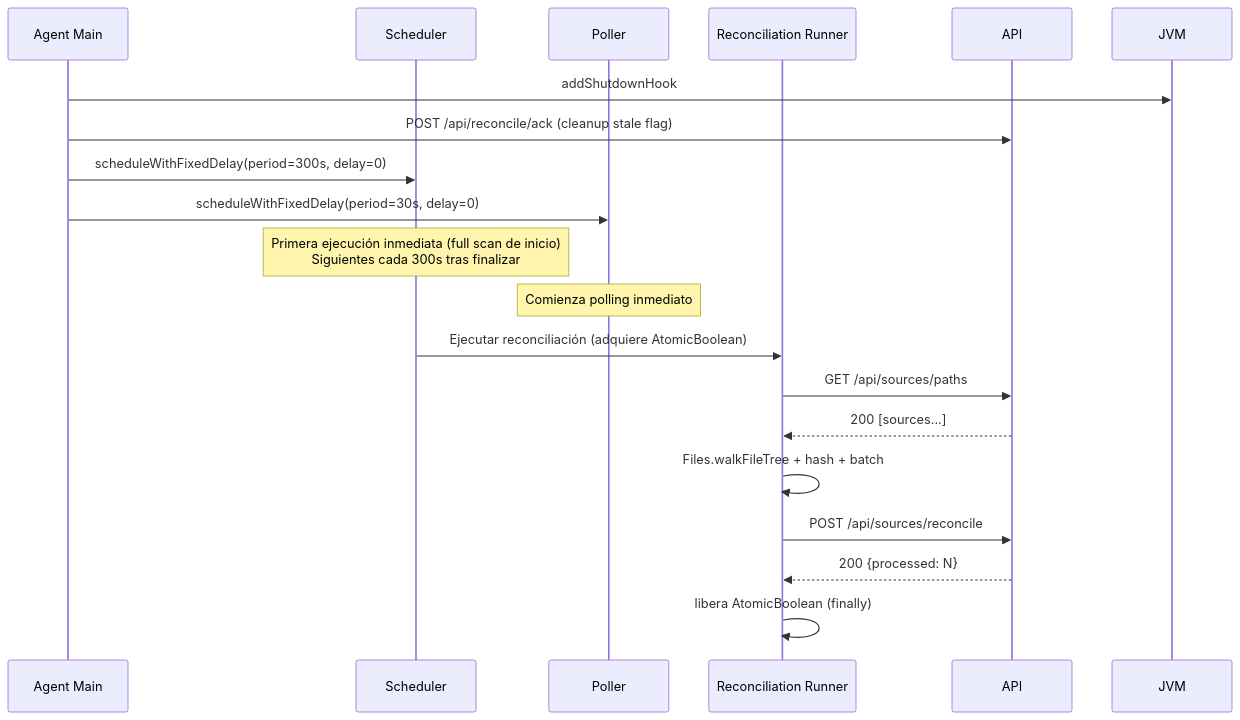
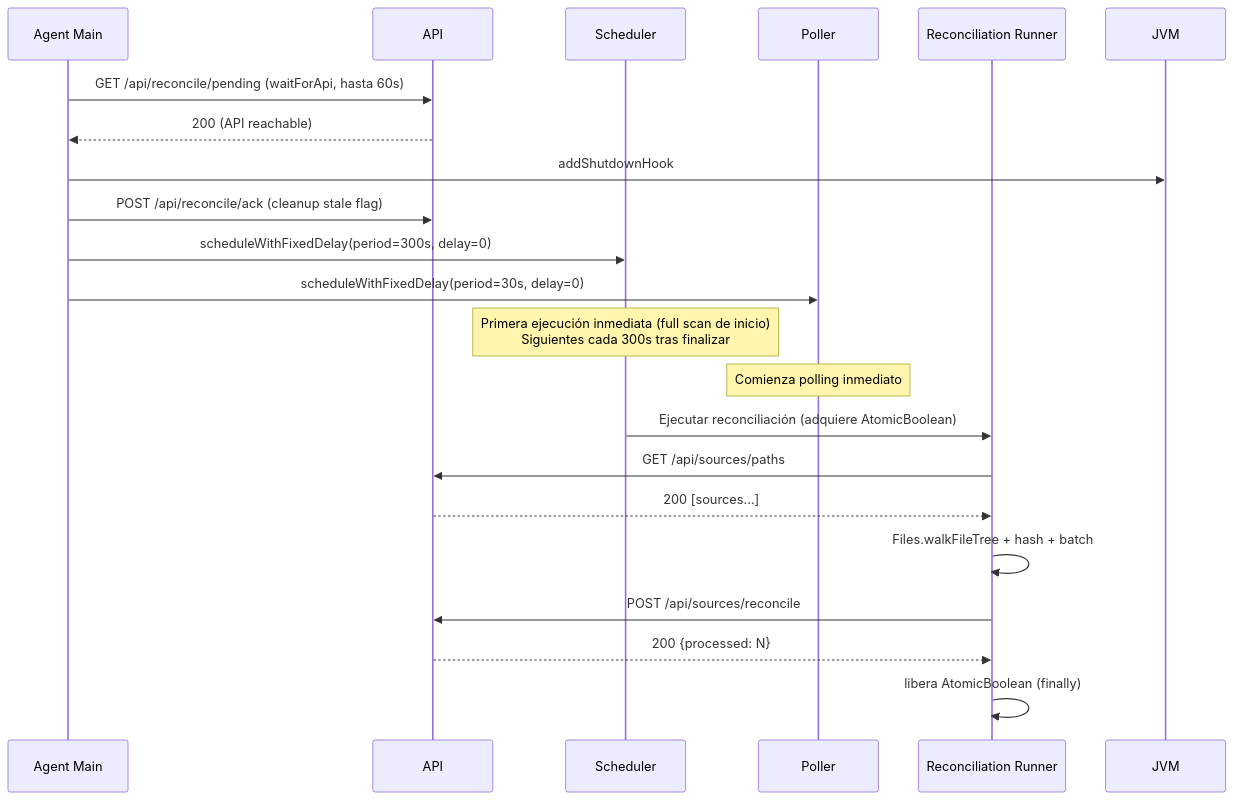
Before and after one commit to GIT-Marcos/biblocat: the fourth of 5 diagrams in docs/agent.md, drawn with Mermaid. The commit also changed other lines of this file and 6 other files, not shown here.

Commit message:
feat(agent): add waitForApi startup probe and improve installer robustness

````diff
--- a/docs/agent.md
+++ b/docs/agent.md
@@ -599,21 +604,23 @@
 ```mermaid
 sequenceDiagram
     participant Main as Agent Main
+    participant API
     participant Sched as Scheduler
     participant Poll as Poller
     participant Recon as Reconciliation Runner
-    participant API
+    Main ->> API: GET /api/reconcile/pending (waitForApi, hasta 60s)
+    API -->> Main: 200 (API reachable)
     Main ->> JVM: addShutdownHook
     Main ->> API: POST /api/reconcile/ack (cleanup stale flag)
     Main ->> Sched: scheduleWithFixedDelay(period=300s, delay=0)
     Main ->> Poll: scheduleWithFixedDelay(period=30s, delay=0)
     Note over Sched: Primera ejecución inmediata (full scan de inicio)<br/>Siguientes cada 300s tras finalizar
     Note over Poll: Comienza polling inmediato
     Sched ->> Recon: Ejecutar reconciliación (adquiere AtomicBoolean)
     Recon ->> API: GET /api/sources/paths
     API -->> Recon: 200 [sources...]
     Recon ->> Recon: Files.walkFileTree + hash + batch
     Recon ->> API: POST /api/sources/reconcile
     API -->> Recon: 200 {processed: N}
     Recon ->> Recon: libera AtomicBoolean (finally)
 ```
````
